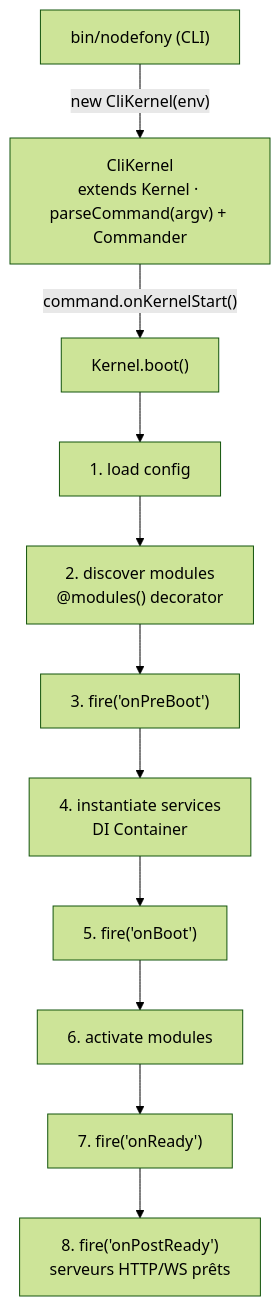
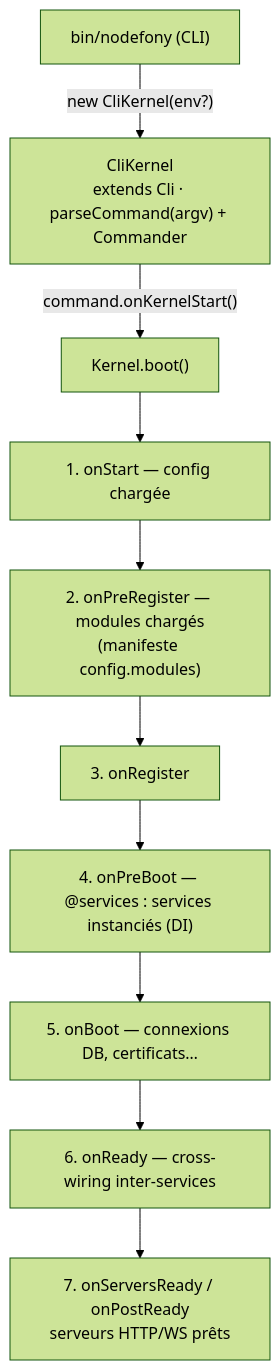
One commit to nodefony/nodefony-core changed the diagram in src/nodefony/docs/kernel.md. Above: the diagram before and after it, drawn with Mermaid (forest theme). The commit also changed other lines of this file and 4 other files, not shown here.

````diff
--- a/src/nodefony/docs/kernel.md
+++ b/src/nodefony/docs/kernel.md
@@ -16,13 +16,12 @@
 ```mermaid
 flowchart TD
-  cli["bin/nodefony (CLI)"] -->|"new CliKernel(env)"| ck["CliKernel<br/>extends Kernel · parseCommand(argv) + Commander"]
+  cli["bin/nodefony (CLI)"] -->|"new CliKernel(env?)"| ck["CliKernel<br/>extends Cli · parseCommand(argv) + Commander"]
   ck -->|"command.onKernelStart()"| boot["Kernel.boot()"]
-  boot --> s1["1. load config"]
-  s1 --> s2["2. discover modules<br/>@modules() decorator"]
-  s2 --> s3["3. fire('onPreBoot')"]
-  s3 --> s4["4. instantiate services<br/>DI Container"]
-  s4 --> s5["5. fire('onBoot')"]
-  s5 --> s6["6. activate modules"]
-  s6 --> s7["7. fire('onReady')"]
-  s7 --> s8["8. fire('onPostReady')<br/>serveurs HTTP/WS prêts"]
+  boot --> s1["1. onStart — config chargée"]
+  s1 --> s2["2. onPreRegister — modules chargés<br/>(manifeste config.modules)"]
+  s2 --> s3["3. onRegister"]
+  s3 --> s4["4. onPreBoot — @services : services instanciés (DI)"]
+  s4 --> s5["5. onBoot — connexions DB, certificats…"]
+  s5 --> s6["6. onReady — cross-wiring inter-services"]
+  s6 --> s7["7. onServersReady / onPostReady<br/>serveurs HTTP/WS prêts"]
 ```
````
